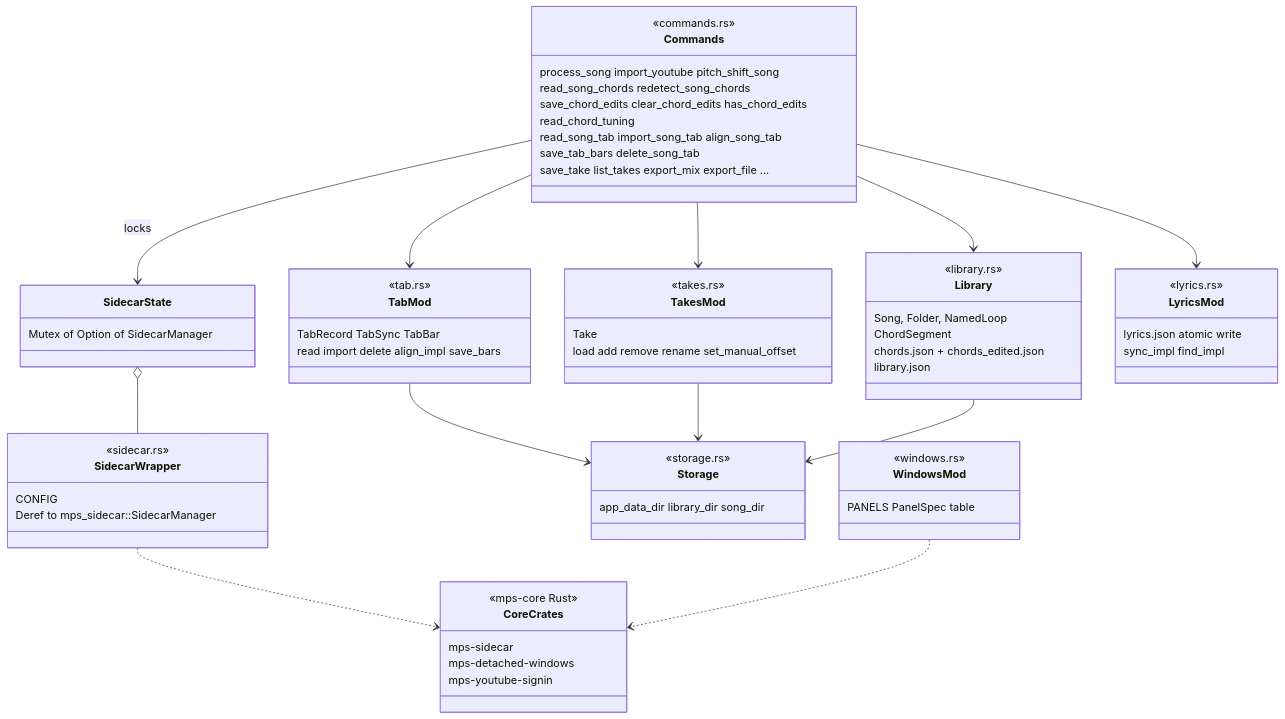
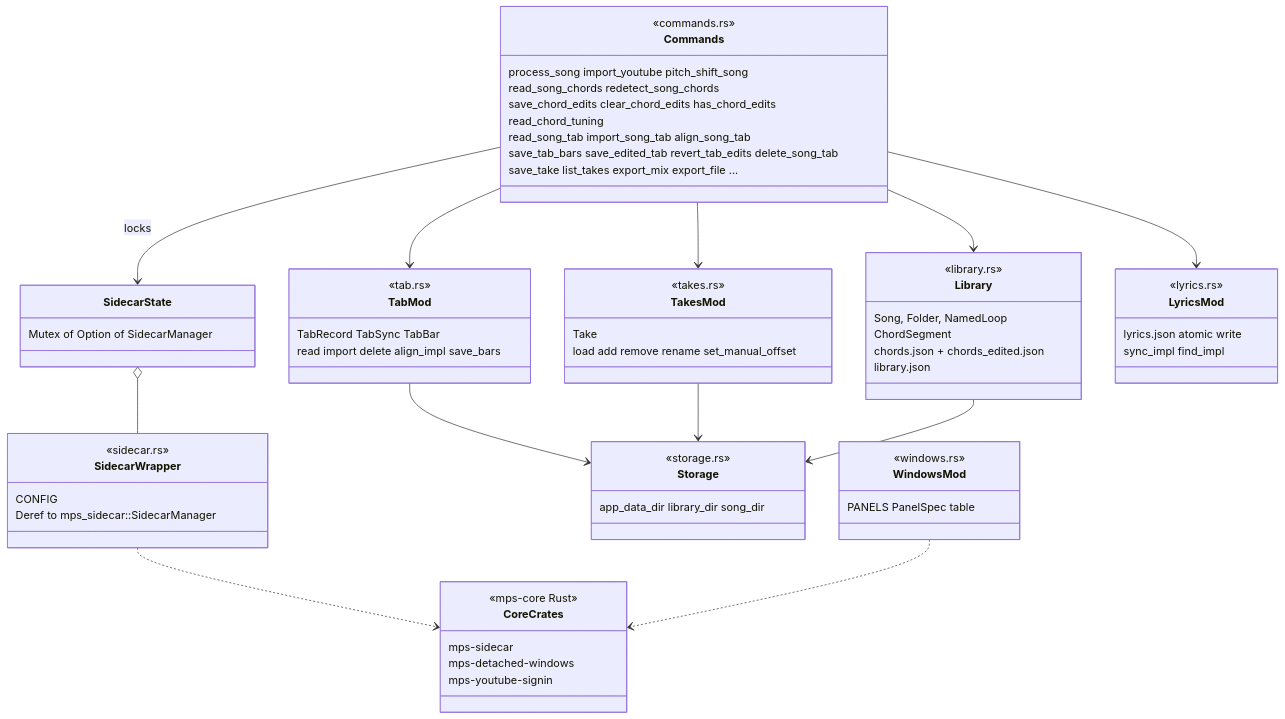
The ninth of 16 diagrams in wiki/uml.md (giamat90/SongPracticeStudio), drawn with Mermaid before and after one commit. The commit also changed other lines of this file and 20 other files, not shown here.

````diff
--- a/wiki/uml.md
+++ b/wiki/uml.md
@@ -378,69 +382,69 @@
 ```mermaid
 classDiagram
     direction TB
     class Commands {
         <<commands.rs>>
         process_song import_youtube pitch_shift_song
         read_song_chords redetect_song_chords
         save_chord_edits clear_chord_edits has_chord_edits
         read_chord_tuning
         read_song_tab import_song_tab align_song_tab
-        save_tab_bars delete_song_tab
+        save_tab_bars save_edited_tab revert_tab_edits delete_song_tab
         save_take list_takes export_mix export_file ...
     }
     class SidecarState {
         Mutex of Option of SidecarManager
     }
     class SidecarWrapper {
         <<sidecar.rs>>
         CONFIG
         Deref to mps_sidecar::SidecarManager
     }
     class Library {
         <<library.rs>>
         Song, Folder, NamedLoop
         ChordSegment
         chords.json + chords_edited.json
         library.json
     }
     class TabMod {
         <<tab.rs>>
         TabRecord TabSync TabBar
         read import delete align_impl save_bars
     }
     class TakesMod {
         <<takes.rs>>
         Take
         load add remove rename set_manual_offset
     }
     class LyricsMod {
         <<lyrics.rs>>
         lyrics.json atomic write
         sync_impl find_impl
     }
     class Storage {
         <<storage.rs>>
         app_data_dir library_dir song_dir
     }
     class WindowsMod {
         <<windows.rs>>
         PANELS PanelSpec table
     }
     class CoreCrates {
         <<mps-core Rust>>
         mps-sidecar
         mps-detached-windows
         mps-youtube-signin
     }
     Commands --> SidecarState : locks
     SidecarState o-- SidecarWrapper
     SidecarWrapper ..> CoreCrates
     Commands --> Library
     Commands --> TabMod
     Commands --> TakesMod
     Commands --> LyricsMod
     TabMod --> Storage
     TakesMod --> Storage
     Library --> Storage
     WindowsMod ..> CoreCrates
 ```
````
